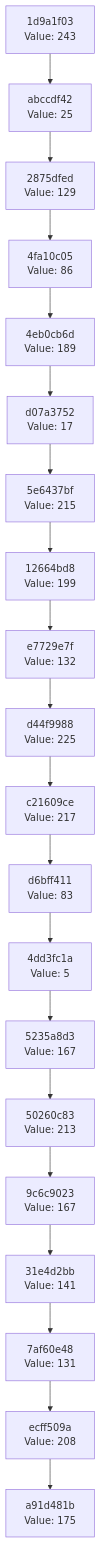
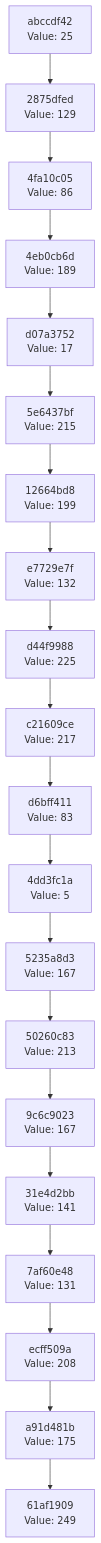
Before and after one commit to Abhisheksinha1506/hash-chain-evolver: the diagram in docs/CHAIN_VISUALIZATION.md, drawn with Mermaid. The commit also changed 2 other files, not shown here.

Commit message:
Evolution step: hash 0xF9 → action executed

````diff
--- a/docs/CHAIN_VISUALIZATION.md
+++ b/docs/CHAIN_VISUALIZATION.md
@@ -3,42 +3,42 @@
 ```mermaid
 graph TD
-    C0["a91d481b<br/>Value: 175"]
-    C1["ecff509a<br/>Value: 208"]
+    C0["61af1909<br/>Value: 249"]
+    C1["a91d481b<br/>Value: 175"]
     C1 --> C0
-    C2["7af60e48<br/>Value: 131"]
+    C2["ecff509a<br/>Value: 208"]
     C2 --> C1
-    C3["31e4d2bb<br/>Value: 141"]
+    C3["7af60e48<br/>Value: 131"]
     C3 --> C2
-    C4["9c6c9023<br/>Value: 167"]
+    C4["31e4d2bb<br/>Value: 141"]
     C4 --> C3
-    C5["50260c83<br/>Value: 213"]
+    C5["9c6c9023<br/>Value: 167"]
     C5 --> C4
-    C6["5235a8d3<br/>Value: 167"]
+    C6["50260c83<br/>Value: 213"]
     C6 --> C5
-    C7["4dd3fc1a<br/>Value: 5"]
+    C7["5235a8d3<br/>Value: 167"]
     C7 --> C6
-    C8["d6bff411<br/>Value: 83"]
+    C8["4dd3fc1a<br/>Value: 5"]
     C8 --> C7
-    C9["c21609ce<br/>Value: 217"]
+    C9["d6bff411<br/>Value: 83"]
     C9 --> C8
-    C10["d44f9988<br/>Value: 225"]
+    C10["c21609ce<br/>Value: 217"]
     C10 --> C9
-    C11["e7729e7f<br/>Value: 132"]
+    C11["d44f9988<br/>Value: 225"]
     C11 --> C10
-    C12["12664bd8<br/>Value: 199"]
+    C12["e7729e7f<br/>Value: 132"]
     C12 --> C11
-    C13["5e6437bf<br/>Value: 215"]
+    C13["12664bd8<br/>Value: 199"]
     C13 --> C12
-    C14["d07a3752<br/>Value: 17"]
+    C14["5e6437bf<br/>Value: 215"]
     C14 --> C13
-    C15["4eb0cb6d<br/>Value: 189"]
+    C15["d07a3752<br/>Value: 17"]
     C15 --> C14
-    C16["4fa10c05<br/>Value: 86"]
+    C16["4eb0cb6d<br/>Value: 189"]
     C16 --> C15
-    C17["2875dfed<br/>Value: 129"]
+    C17["4fa10c05<br/>Value: 86"]
     C17 --> C16
-    C18["abccdf42<br/>Value: 25"]
+    C18["2875dfed<br/>Value: 129"]
     C18 --> C17
-    C19["1d9a1f03<br/>Value: 243"]
+    C19["abccdf42<br/>Value: 25"]
     C19 --> C18
 ```
````
